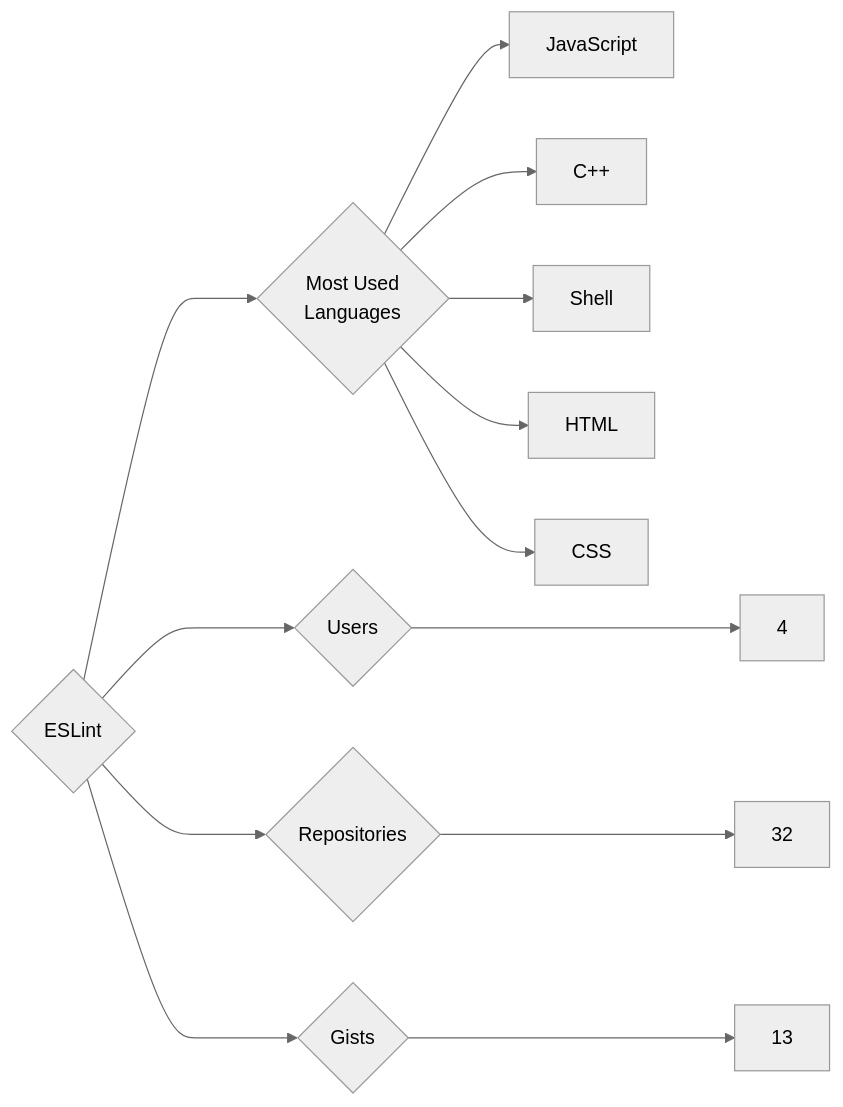
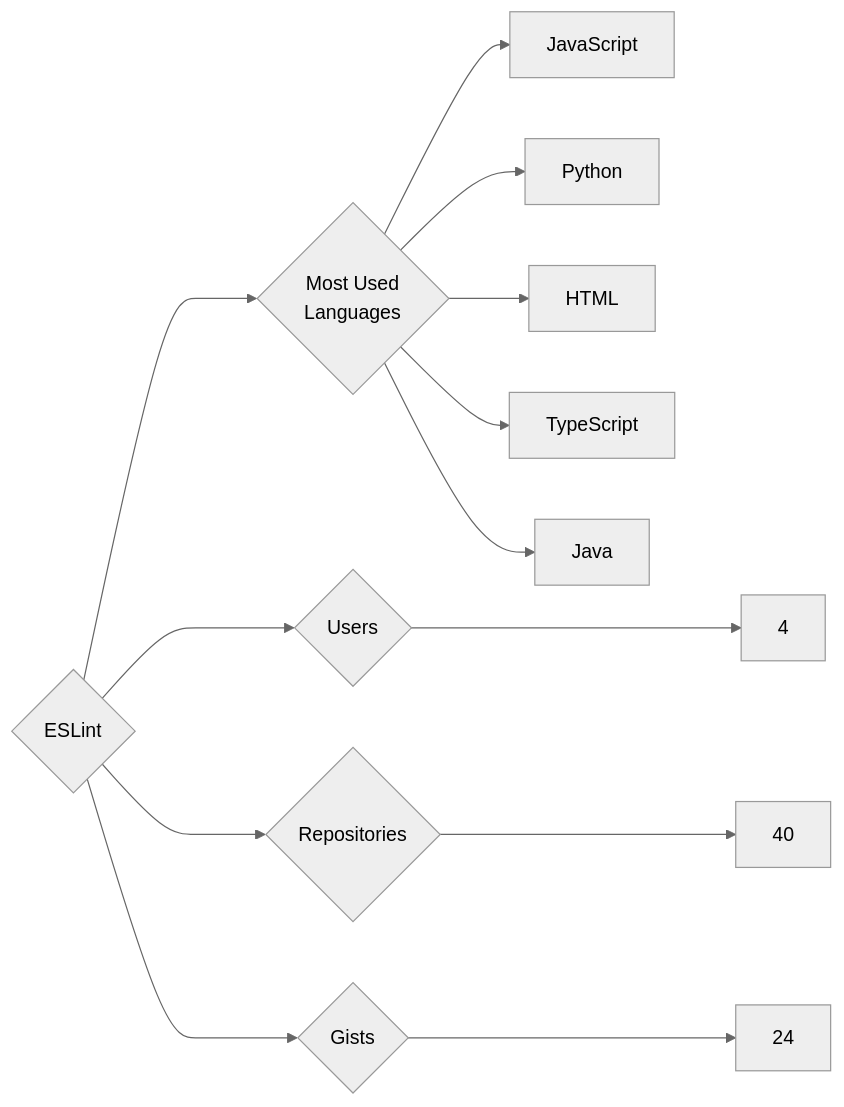
The diagram in targets/ESLint/README.md (trickest/insiders), drawn with Mermaid (neutral theme) before and after one commit. The commit also changed 1023 other files, not shown here.

````diff
--- a/targets/ESLint/README.md
+++ b/targets/ESLint/README.md
@@ -3,13 +3,13 @@
 ```mermaid
 graph LR
 COMPANY_NAME{ESLint}
 COMPANY_NAME ---> U{Users} ---> UN[4]
-COMPANY_NAME ---> R{Repositories} ---> RN[32]
-COMPANY_NAME ---> G{Gists} ---> GN[13]
+COMPANY_NAME ---> R{Repositories} ---> RN[40]
+COMPANY_NAME ---> G{Gists} ---> GN[24]
 COMPANY_NAME ---> ML{Most Used<br>Languages}
 ML --> JavaScript[JavaScript]
-ML --> C++[C++]
-ML --> Shell[Shell]
+ML --> Python[Python]
 ML --> HTML[HTML]
-ML --> CSS[CSS]
+ML --> TypeScript[TypeScript]
+ML --> Java[Java]
 ```
````
